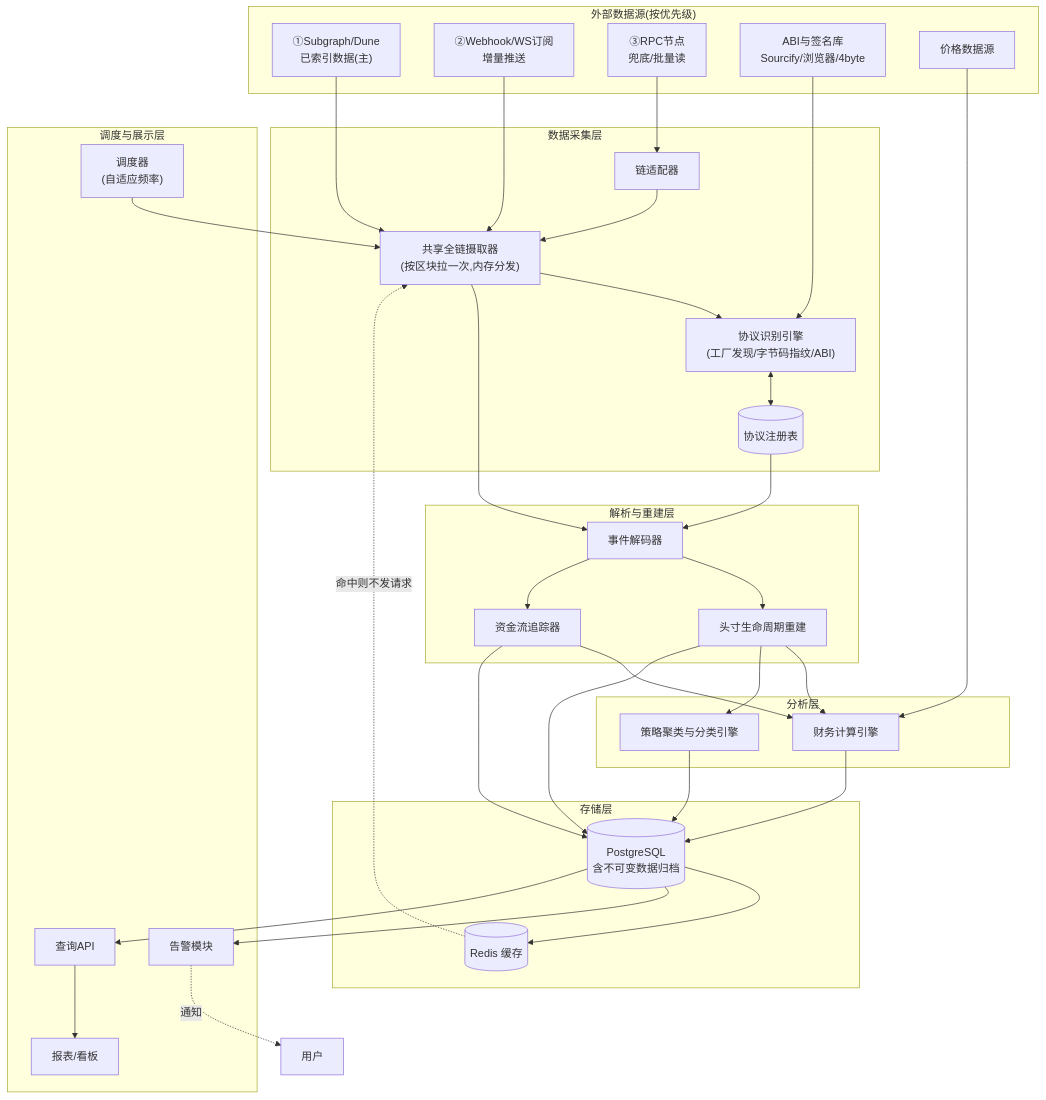
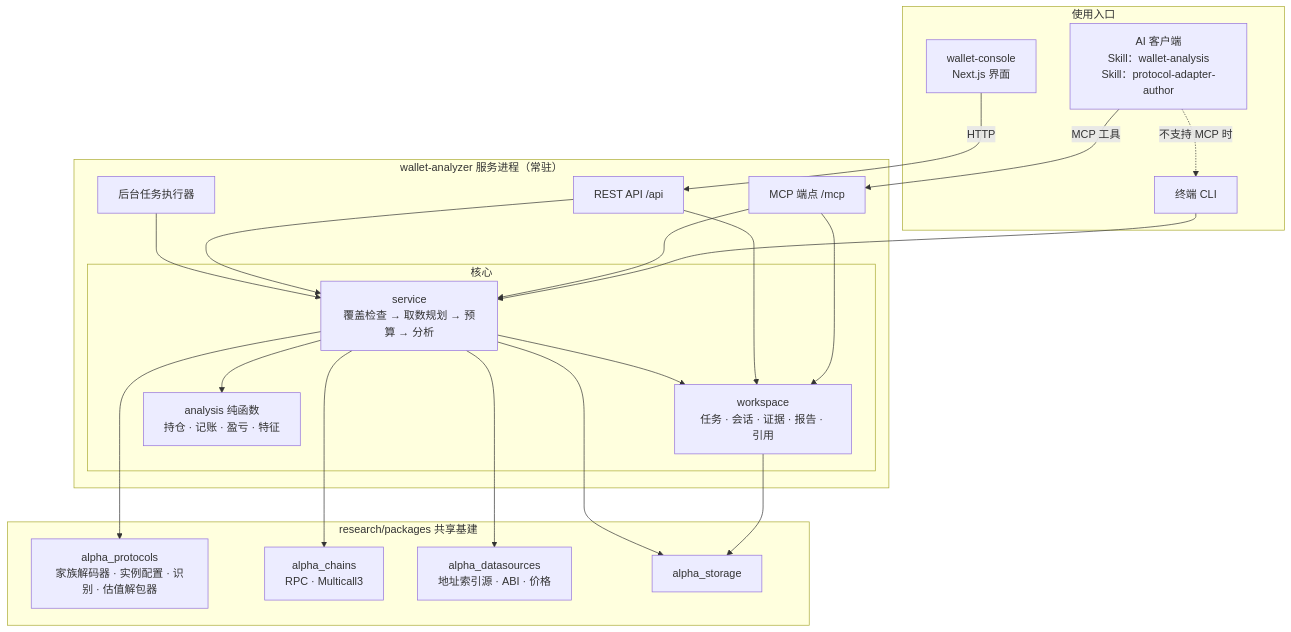
One commit to chenhouzhenjob/alpha-research-engine changed the first of 10 diagrams in docs/钱包链上行为分析系统设计方案.md. Above: the diagram before and after it, drawn with Mermaid. The commit also changed other lines of this file and 36 other files, not shown here.

````diff
--- a/docs/钱包链上行为分析系统设计方案.md
+++ b/docs/钱包链上行为分析系统设计方案.md
@@ -37,67 +85,43 @@
 ```mermaid
 graph TB
-    subgraph EXT["外部数据源(按优先级)"]
-        SUBGRAPH["①Subgraph/Dune<br/>已索引数据(主)"]
-        PUSH["②Webhook/WS订阅<br/>增量推送"]
-        RPC["③RPC节点<br/>兜底/批量读"]
-        META["ABI与签名库<br/>Sourcify/浏览器/4byte"]
-        PRICE[价格数据源]
+    subgraph CLIENT["使用入口"]
+        AI["AI 客户端<br/>Skill：wallet-analysis<br/>Skill：protocol-adapter-author"]
+        UI["wallet-console<br/>Next.js 界面"]
+        SH["终端 CLI"]
     end
 
-    subgraph COLLECT["数据采集层"]
-        INGEST["共享全链摄取器<br/>(按区块拉一次,内存分发)"]
-        ADAPTER[链适配器]
-        IDENT["协议识别引擎<br/>(工厂发现/字节码指纹/ABI)"]
-        REGISTRY[(协议注册表)]
+    subgraph SERVER["wallet-analyzer 服务进程（常驻）"]
+        MCPH["MCP 端点 /mcp"]
+        API["REST API /api"]
+        JOB["后台任务执行器"]
+        subgraph CORE["核心"]
+            WS["workspace<br/>任务 · 会话 · 证据 · 报告 · 引用"]
+            SVC["service<br/>覆盖检查 → 取数规划 → 预算 → 分析"]
+            ANA["analysis 纯函数<br/>持仓 · 记账 · 盈亏 · 特征"]
+        end
     end
 
-    subgraph PARSE["解析与重建层"]
-        DECODER[事件解码器]
-        POSITION[头寸生命周期重建]
-        FLOW[资金流追踪器]
+    subgraph PKGS["research/packages 共享基建"]
+        PR["alpha_protocols<br/>家族解码器 · 实例配置 · 识别 · 估值解包器"]
+        CH["alpha_chains<br/>RPC · Multicall3"]
+        DS["alpha_datasources<br/>地址索引源 · ABI · 价格"]
+        ST["alpha_storage"]
     end
 
-    subgraph ANALYZE["分析层"]
-        PNL[财务计算引擎]
-        STRATEGY[策略聚类与分类引擎]
-    end
-
-    subgraph STORE["存储层"]
-        PG[(PostgreSQL<br/>含不可变数据归档)]
-        CACHE[(Redis 缓存)]
-    end
-
-    subgraph SERVE["调度与展示层"]
-        SCHED["调度器<br/>(自适应频率)"]
-        ALERT[告警模块]
-        API[查询API]
-        DASH[报表/看板]
-    end
-
-    SUBGRAPH --> INGEST
-    PUSH --> INGEST
-    RPC --> ADAPTER
-    ADAPTER --> INGEST
-    META --> IDENT
-    INGEST --> IDENT
-    IDENT <--> REGISTRY
-    INGEST --> DECODER
-    REGISTRY --> DECODER
-    DECODER --> POSITION
-    DECODER --> FLOW
-    PRICE --> PNL
-    POSITION --> PNL
-    FLOW --> PNL
-    POSITION --> STRATEGY
-    PNL --> PG
-    STRATEGY --> PG
-    POSITION --> PG
-    FLOW --> PG
-    PG --> CACHE
-    CACHE -.命中则不发请求.-> INGEST
-    SCHED --> INGEST
-    PG --> ALERT
-    PG --> API
-    API --> DASH
-    ALERT -.通知.-> USER[用户]
+    AI -->|MCP 工具| MCPH
+    AI -.不支持 MCP 时.-> SH
+    UI -->|HTTP| API
+    SH --> SVC
+    MCPH --> WS
+    MCPH --> SVC
+    API --> WS
+    API --> SVC
+    JOB --> SVC
+    SVC --> ANA
+    SVC --> WS
+    SVC --> PR
+    SVC --> CH
+    SVC --> DS
+    WS --> ST
+    SVC --> ST
 ```
````
